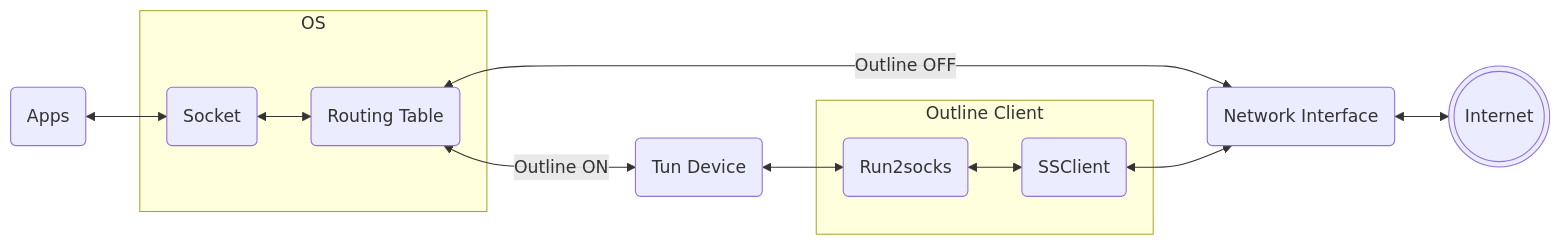
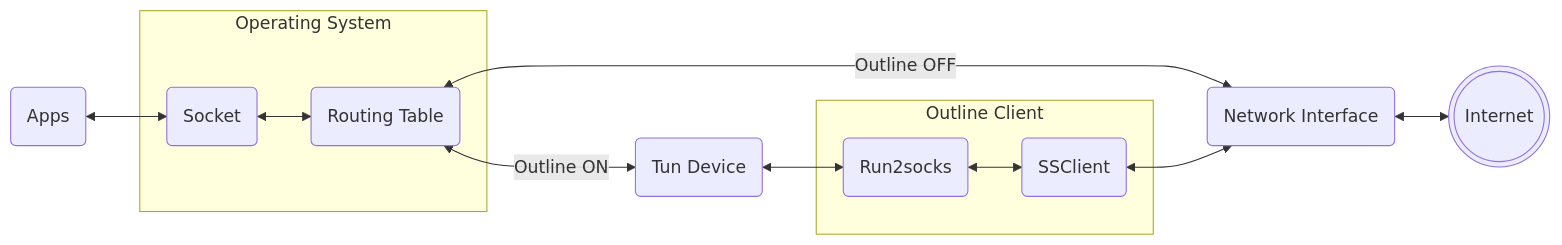
Before and after one commit to Jigsaw-Code/outline-apps: the diagram in docs/life-of-a-packet.md, drawn with Mermaid.

````diff
--- a/docs/life-of-a-packet.md
+++ b/docs/life-of-a-packet.md
@@ -3,15 +3,15 @@
 ```mermaid
 flowchart LR
   A(Apps) <--> S(Socket)
-  subgraph OS
+  subgraph Operating System
     S <--> R(Routing Table)
   end
   R <-- Outline OFF --> IF(Network Interface)
   IF <--> INET(((Internet)))
   R <-- Outline ON --> TUN(Tun Device)
   TUN <--> T2S(Run2socks)
   subgraph Outline Client
     T2S <--> SC(SSClient)
   end
   SC <--> IF
 ```
````
